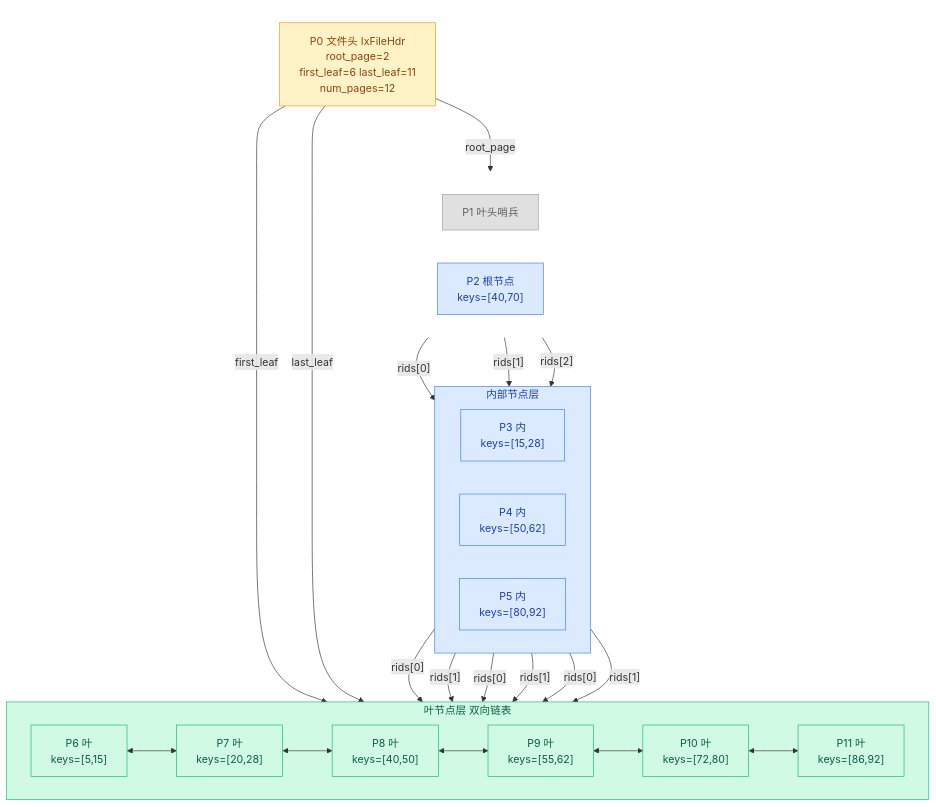
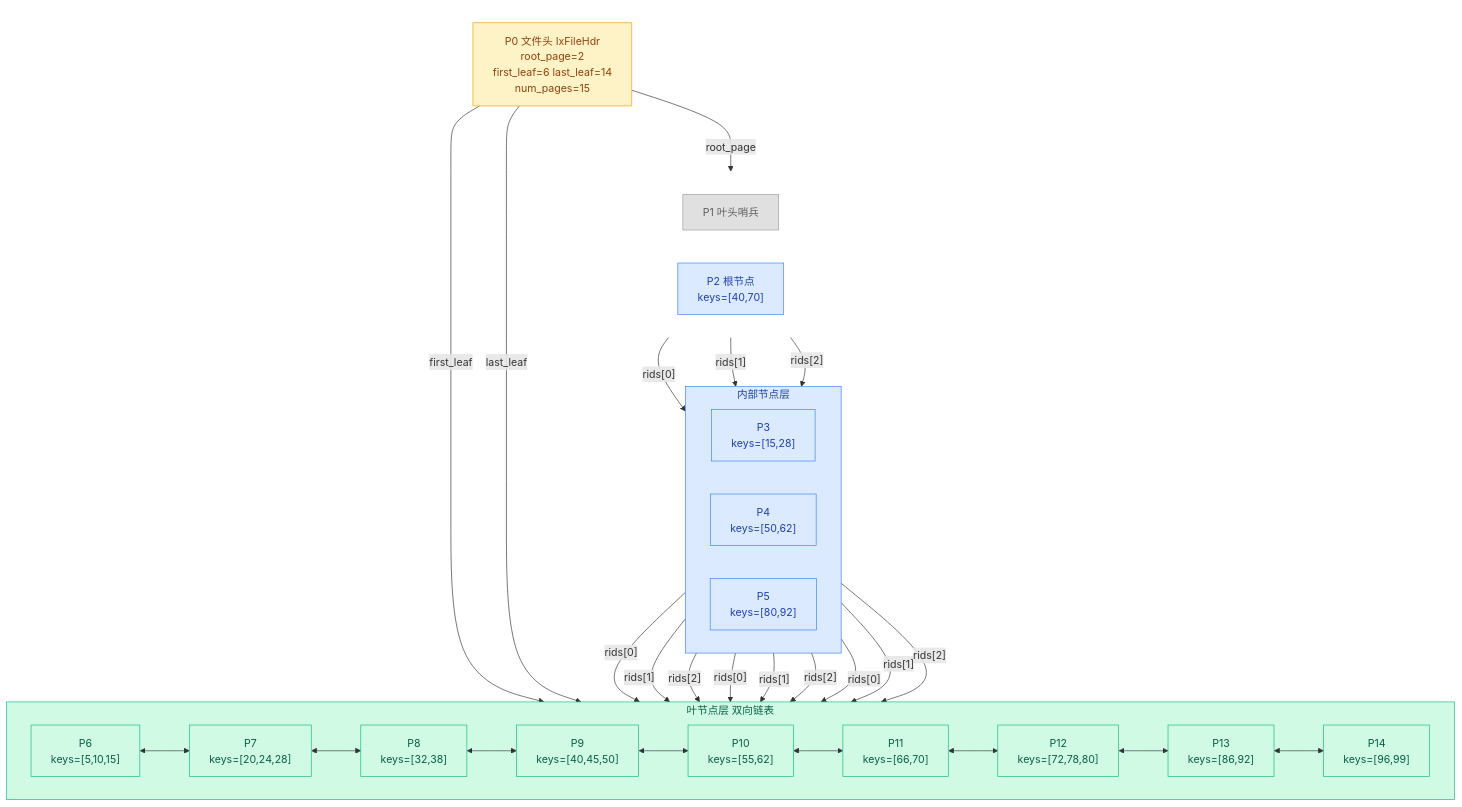
The diagram in my-analysis/03-index-layer/02-index-data-structures.md (Dorian7Alden/RMDB-2024-Analyze), drawn with Mermaid before and after one commit. The commit also changed other lines of this file, not shown here.

Commit message:
fix(index-data): 回退 B+ 树图为 9 叶节点版，补回 classDef 着色

````diff
--- a/my-analysis/03-index-layer/02-index-data-structures.md
+++ b/my-analysis/03-index-layer/02-index-data-structures.md
@@ -24,47 +24,50 @@
 ```mermaid
 flowchart TD
     subgraph L0[" "]
         style L0 fill:none,stroke:none
-        HDR["P0 文件头 IxFileHdr<br/>root_page=2<br/>first_leaf=6 last_leaf=11<br/>num_pages=12"]
+        HDR["P0 文件头 IxFileHdr<br/>root_page=2<br/>first_leaf=6 last_leaf=14<br/>num_pages=15"]
     end
 
     subgraph L1[" "]
         direction LR
         style L1 fill:none,stroke:none
         LH["P1 叶头哨兵"] & R["P2 根节点<br/>keys=[40,70]"]
     end
 
     subgraph L2["内部节点层"]
         direction LR
         style L2 fill:#dbeafe,stroke:#3b82f6,color:#1e40af
-        I3["P3 内<br/>keys=[15,28]"] & I4["P4 内<br/>keys=[50,62]"] & I5["P5 内<br/>keys=[80,92]"]
+        I3["P3<br/>keys=[15,28]"] & I4["P4<br/>keys=[50,62]"] & I5["P5<br/>keys=[80,92]"]
     end
 
     subgraph L3["叶节点层 双向链表"]
         direction LR
         style L3 fill:#d1fae5,stroke:#10b981,color:#065f46
-        L6["P6 叶<br/>keys=[5,15]"] <--> L7["P7 叶<br/>keys=[20,28]"] <--> L8["P8 叶<br/>keys=[40,50]"] <--> L9["P9 叶<br/>keys=[55,62]"] <--> L10["P10 叶<br/>keys=[72,80]"] <--> L11["P11 叶<br/>keys=[86,92]"]
+        L6["P6<br/>keys=[5,10,15]"] <--> L7["P7<br/>keys=[20,24,28]"] <--> L8["P8<br/>keys=[32,38]"] <--> L9["P9<br/>keys=[40,45,50]"] <--> L10["P10<br/>keys=[55,62]"] <--> L11["P11<br/>keys=[66,70]"] <--> L12["P12<br/>keys=[72,78,80]"] <--> L13["P13<br/>keys=[86,92]"] <--> L14["P14<br/>keys=[96,99]"]
     end
 
     HDR -->|"root_page"| R
     HDR -->|"first_leaf"| L6
-    HDR -->|"last_leaf"| L11
+    HDR -->|"last_leaf"| L14
     R -->|"rids[0]"| I3
     R -->|"rids[1]"| I4
     R -->|"rids[2]"| I5
     I3 -->|"rids[0]"| L6
     I3 -->|"rids[1]"| L7
-    I4 -->|"rids[0]"| L8
-    I4 -->|"rids[1]"| L9
-    I5 -->|"rids[0]"| L10
-    I5 -->|"rids[1]"| L11
+    I3 -->|"rids[2]"| L8
+    I4 -->|"rids[0]"| L9
+    I4 -->|"rids[1]"| L10
+    I4 -->|"rids[2]"| L11
+    I5 -->|"rids[0]"| L12
+    I5 -->|"rids[1]"| L13
+    I5 -->|"rids[2]"| L14
 
     classDef header fill:#fef3c7,stroke:#f59e0b,color:#92400e
     classDef internal fill:#dbeafe,stroke:#3b82f6,color:#1e40af
     classDef leaf fill:#d1fae5,stroke:#10b981,color:#065f46
     classDef sentinel fill:#e0e0e0,stroke:#9e9e9e,color:#616161
     class HDR header
     class R,I3,I4,I5 internal
-    class L6,L7,L8,L9,L10,L11 leaf
+    class L6,L7,L8,L9,L10,L11,L12,L13,L14 leaf
     class LH sentinel
 ```
````
